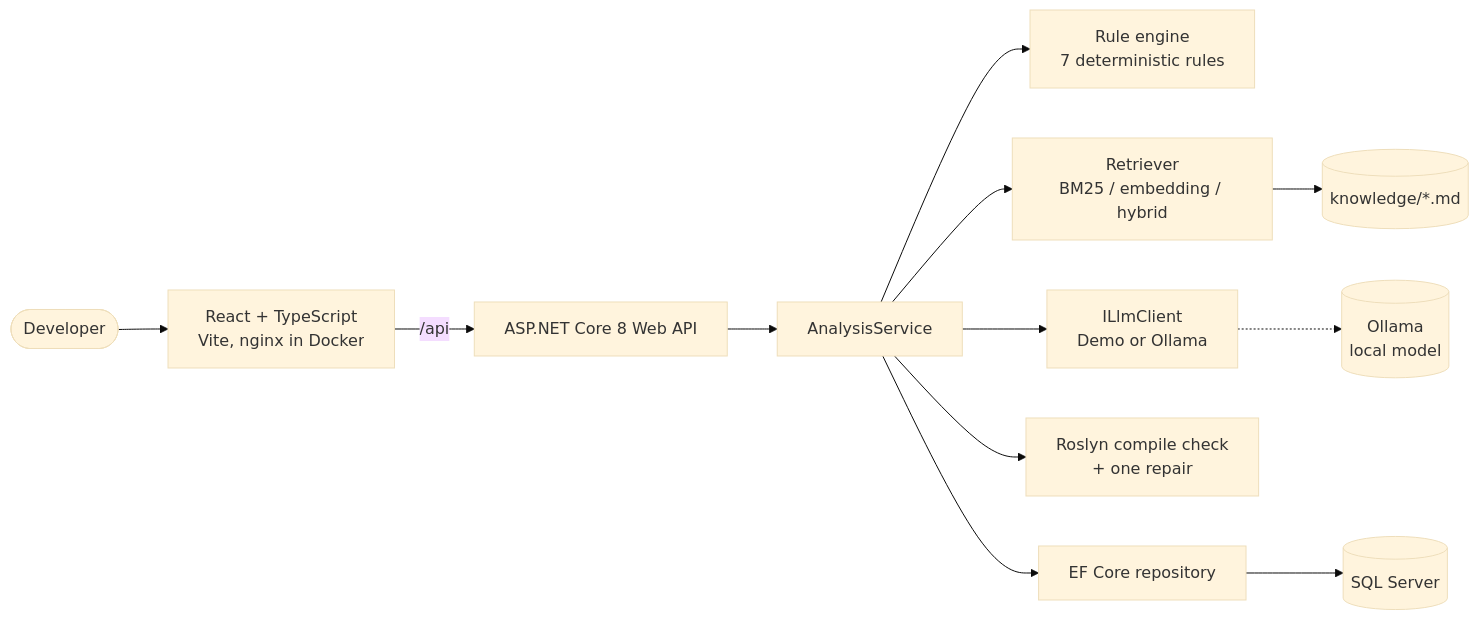
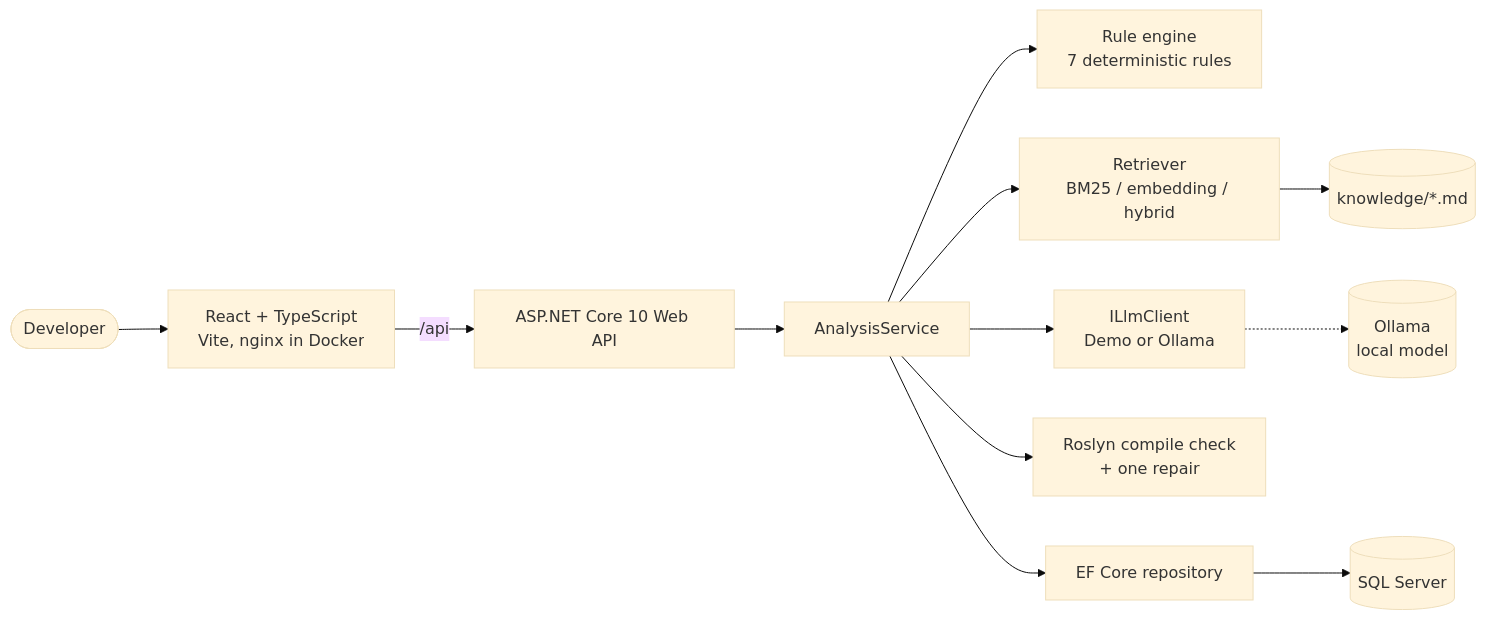
Before and after one commit to davidvr1/legacy-lens: the diagram in README.md, drawn with Mermaid (base theme). The commit also changed other lines of this file and 15 other files, not shown here.

````diff
--- a/README.md
+++ b/README.md
@@ -26,14 +26,14 @@
 ```mermaid
 flowchart LR
     user([Developer]) --> web[React + TypeScript<br/>Vite, nginx in Docker]
-    web -- /api --> api[ASP.NET Core 8 Web API]
+    web -- /api --> api[ASP.NET Core 10 Web API]
     api --> svc[AnalysisService]
     svc --> rules[Rule engine<br/>7 deterministic rules]
     svc --> retr[Retriever<br/>BM25 / embedding / hybrid]
     retr --> kb[(knowledge/*.md)]
     svc --> llm[ILlmClient<br/>Demo or Ollama]
     llm -.-> ollama[(Ollama<br/>local model)]
     svc --> roslyn[Roslyn compile check<br/>+ one repair]
     svc --> repo[EF Core repository]
     repo --> sql[(SQL Server)]
 ```
````
